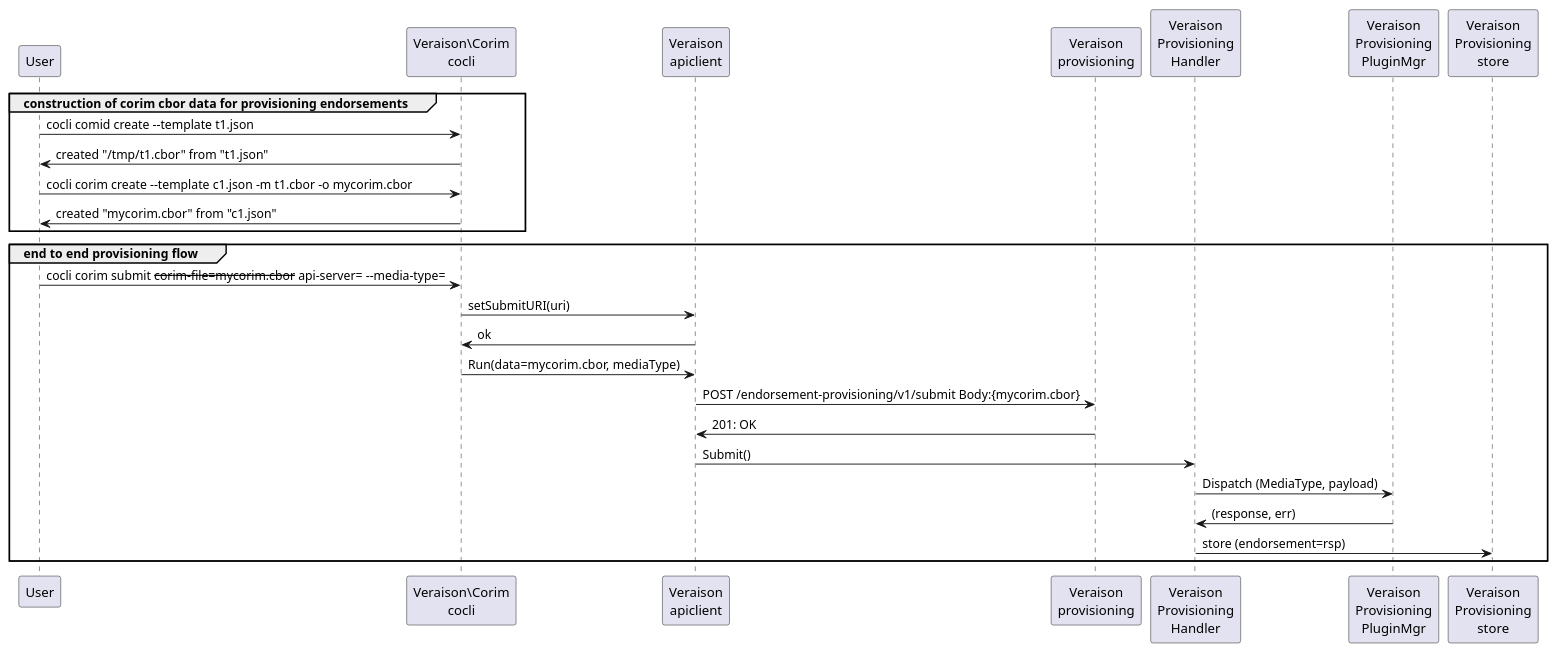
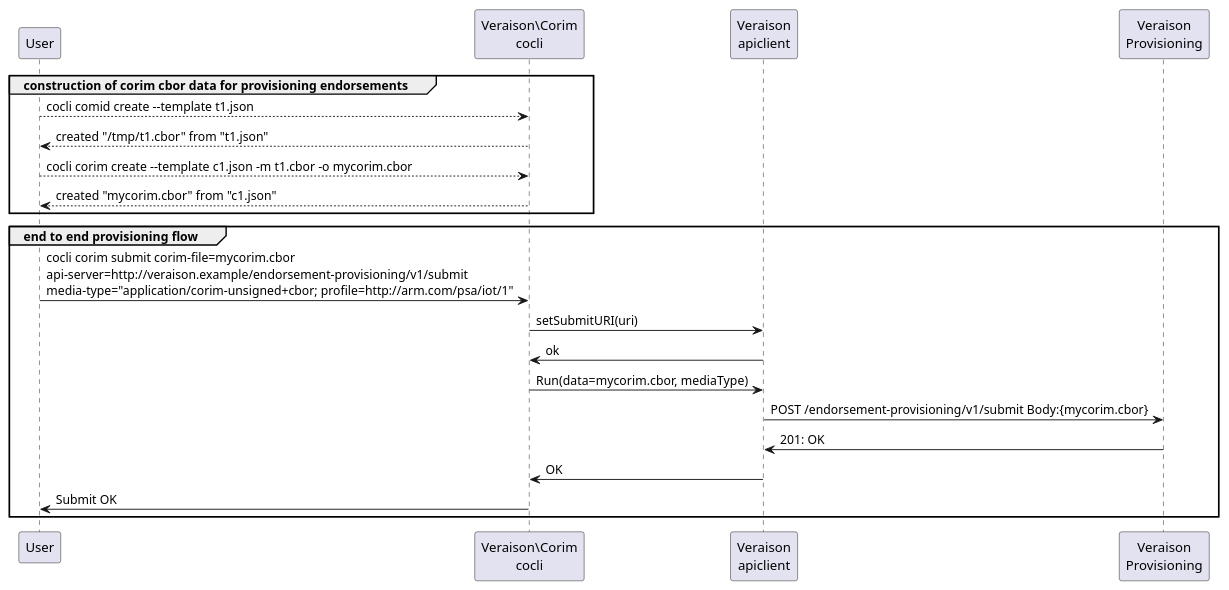
One commit to veraison/docs changed the diagram in diagrams/provisioning-flow.puml. Above: the diagram before and after it, drawn with PlantUML.

Commit message:
Further Edits to provisioning flow

```diff
--- a/diagrams/provisioning-flow.puml
+++ b/diagrams/provisioning-flow.puml
@@ -1,33 +1,27 @@
 @startuml
 
 participant "User" as User order 5
 participant "Veraison\Corim\ncocli" as CoRIM order 10
 participant "Veraison\napiclient" as API order 20
-participant "Veraison\nprovisioning" as PROV order 30
-participant "Veraison\nProvisioning\nHandler" as Handler order 35
-participant "Veraison\nProvisioning\nPluginMgr" as DecodePluginMgr order 40
-participant "Veraison\nProvisioning\nstore" as store order 50
+participant "Veraison\nProvisioning" as PROV order 30
 
 group construction of corim cbor data for provisioning endorsements
 
-	User -> CoRIM: cocli comid create --template t1.json
-	CoRIM -> User: created "/tmp/t1.cbor" from "t1.json"
-	User -> CoRIM: cocli corim create --template c1.json -m t1.cbor -o mycorim.cbor
-	CoRIM -> User: created "mycorim.cbor" from "c1.json"
+	User --> CoRIM: cocli comid create --template t1.json
+	CoRIM --> User: created "/tmp/t1.cbor" from "t1.json"
+	User --> CoRIM: cocli corim create --template c1.json -m t1.cbor -o mycorim.cbor
+	CoRIM --> User: created "mycorim.cbor" from "c1.json"
 end
 
 group end to end provisioning flow
-	User -> CoRIM: cocli corim submit --corim-file=mycorim.cbor --api-server= --media-type=
+	User -> CoRIM: cocli corim submit corim-file=mycorim.cbor\napi-server=http://veraison.example/endorsement-provisioning/v1/submit\nmedia-type="application/corim-unsigned+cbor; profile=http://arm.com/psa/iot/1"
 	CoRIM -> API: setSubmitURI(uri)
-    API -> CoRIM: ok
-    CoRIM -> API: Run(data=mycorim.cbor, mediaType)
-    API -> PROV: POST /endorsement-provisioning/v1/submit Body:{mycorim.cbor}
-    PROV -> API: 201: OK
-	API -> Handler: Submit()
-    Handler -> DecodePluginMgr : Dispatch (MediaType, payload)
-    DecodePluginMgr -> Handler : (response, err)
-    Handler -> store : store (endorsement=rsp)
+    	API -> CoRIM: ok
+    	CoRIM -> API: Run(data=mycorim.cbor, mediaType)
+    	API -> PROV: POST /endorsement-provisioning/v1/submit Body:{mycorim.cbor}
+	PROV -> API: 201: OK
+	API -> CoRIM : OK
+	CoRIM -> User : Submit OK
 end
 
-
 @enduml
```
